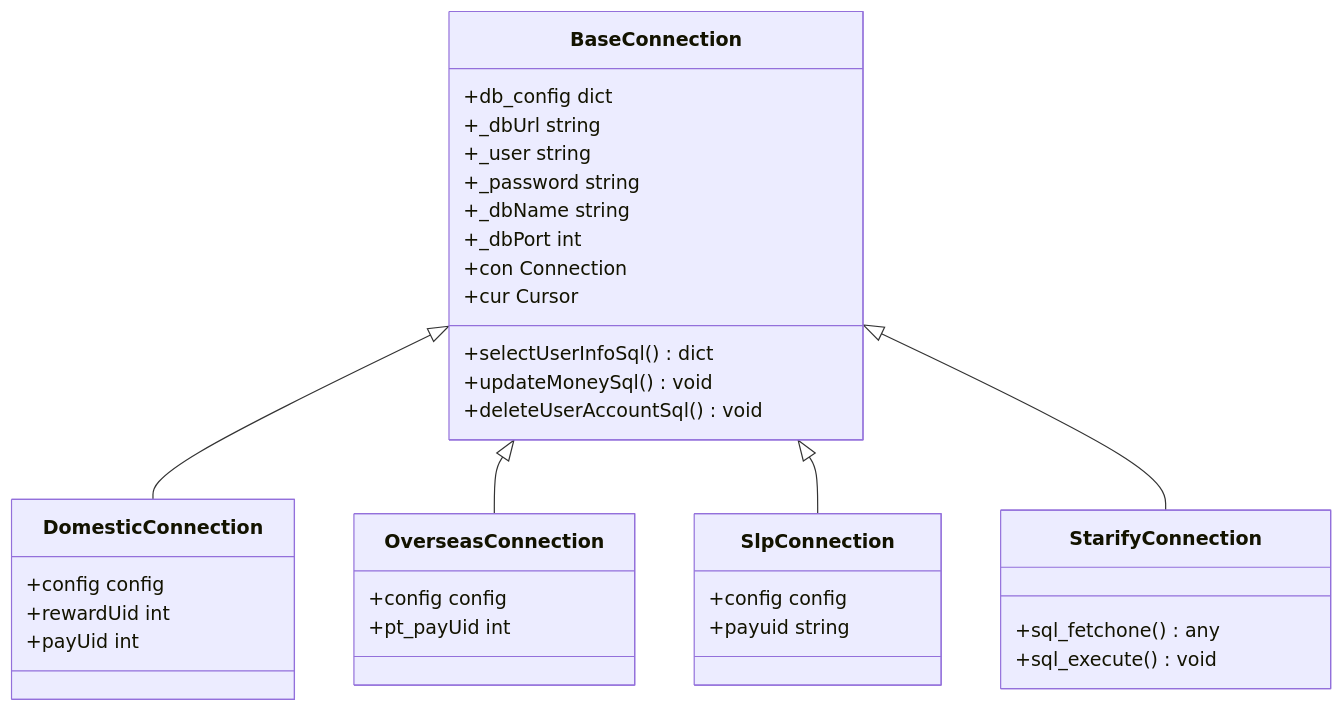
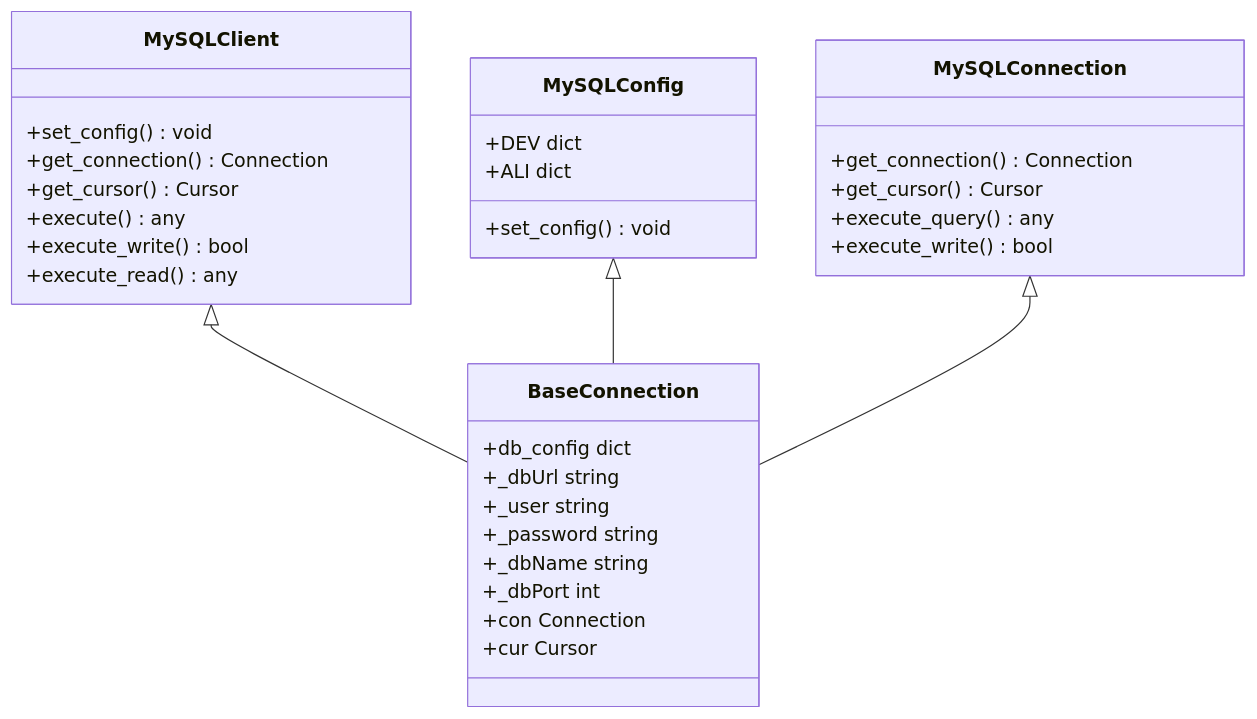
One commit to liximing1-ola/qa-payTest changed the second of 16 diagrams in .qoder/repowiki/zh/content/数据库管理/MySQL连接管理.md. Above: the diagram before and after it, drawn with Mermaid. The commit also changed other lines of this file and 6 other files, not shown here.

````diff
--- a/.qoder/repowiki/zh/content/数据库管理/MySQL连接管理.md
+++ b/.qoder/repowiki/zh/content/数据库管理/MySQL连接管理.md
@@ -77,37 +98,35 @@
 ```mermaid
 classDiagram
+class MySQLClient {
++set_config() void
++get_connection() Connection
++get_cursor() Cursor
++execute() any
++execute_write() bool
++execute_read() any
+}
+class MySQLConfig {
++DEV dict
++ALI dict
++set_config() void
+}
+class MySQLConnection {
++get_connection() Connection
++get_cursor() Cursor
++execute_query() any
++execute_write() bool
+}
 class BaseConnection {
 +db_config dict
 +_dbUrl string
 +_user string
 +_password string
 +_dbName string
 +_dbPort int
 +con Connection
 +cur Cursor
-+selectUserInfoSql() dict
-+updateMoneySql() void
-+deleteUserAccountSql() void
 }
-class DomesticConnection {
-+config config
-+rewardUid int
-+payUid int
-}
-class OverseasConnection {
-+config config
-+pt_payUid int
-}
-class SlpConnection {
-+config config
-+payuid string
-}
-class StarifyConnection {
-+sql_fetchone() any
-+sql_execute() void
-}
-BaseConnection <|-- DomesticConnection
-BaseConnection <|-- OverseasConnection
-BaseConnection <|-- SlpConnection
-BaseConnection <|-- StarifyConnection
+MySQLClient <|-- BaseConnection
+MySQLConfig <|-- BaseConnection
+MySQLConnection <|-- BaseConnection
 ```
````
